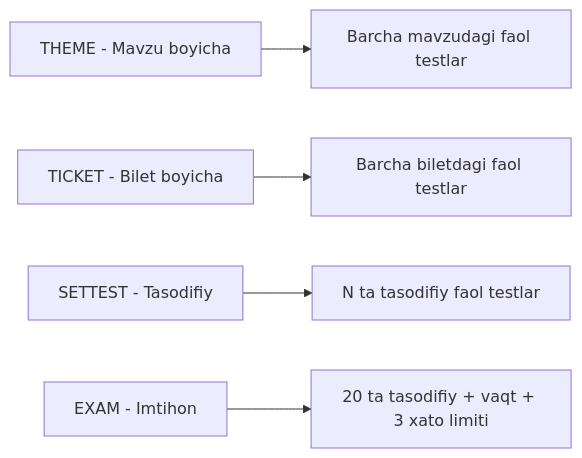
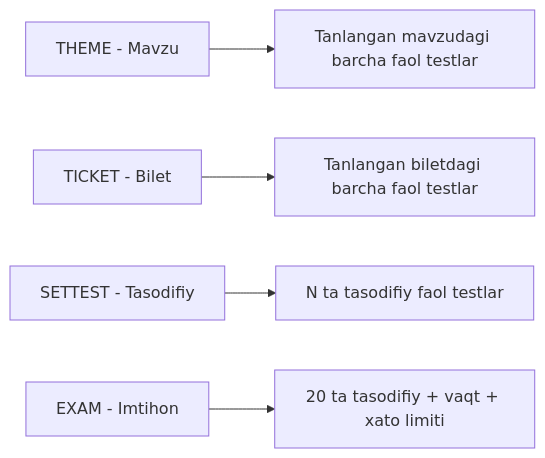
Before and after one commit to khismoiloff/BrpAvtoTest: the fifth of 16 diagrams in README.md, drawn with Mermaid. The commit also changed other lines of this file, not shown here.

````diff
--- a/README.md
+++ b/README.md
@@ -303,8 +384,8 @@
 ```mermaid
 %%{init: {'theme': 'default'}}%%
 graph LR
-    T1[THEME - Mavzu boyicha] --> R1[Barcha mavzudagi faol testlar]
-    T2[TICKET - Bilet boyicha] --> R2[Barcha biletdagi faol testlar]
+    T1[THEME - Mavzu] --> R1[Tanlangan mavzudagi barcha faol testlar]
+    T2[TICKET - Bilet] --> R2[Tanlangan biletdagi barcha faol testlar]
     T3[SETTEST - Tasodifiy] --> R3[N ta tasodifiy faol testlar]
-    T4[EXAM - Imtihon] --> R4[20 ta tasodifiy + vaqt + 3 xato limiti]
+    T4[EXAM - Imtihon] --> R4[20 ta tasodifiy + vaqt + xato limiti]
 ```
````
